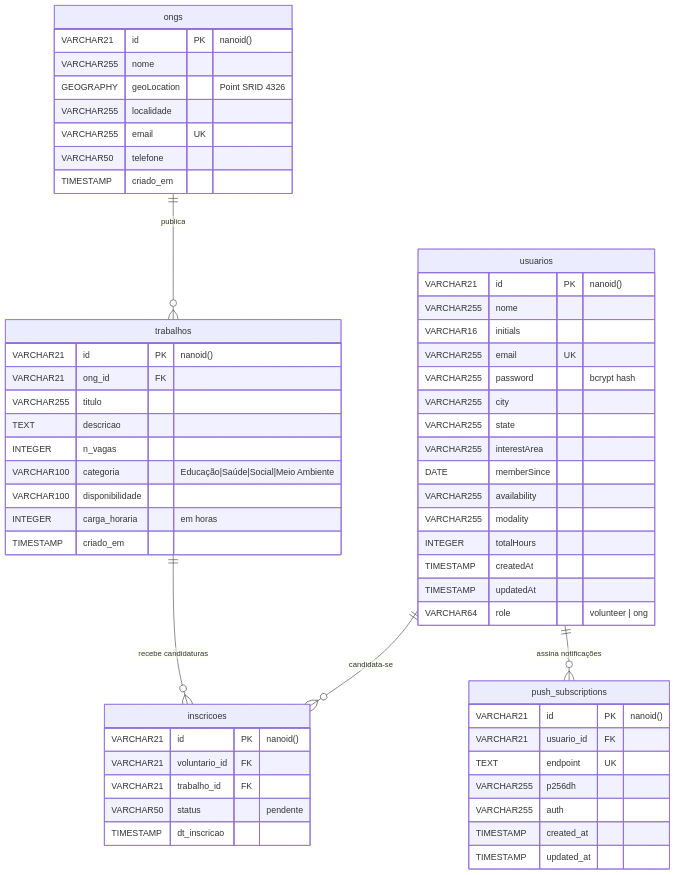
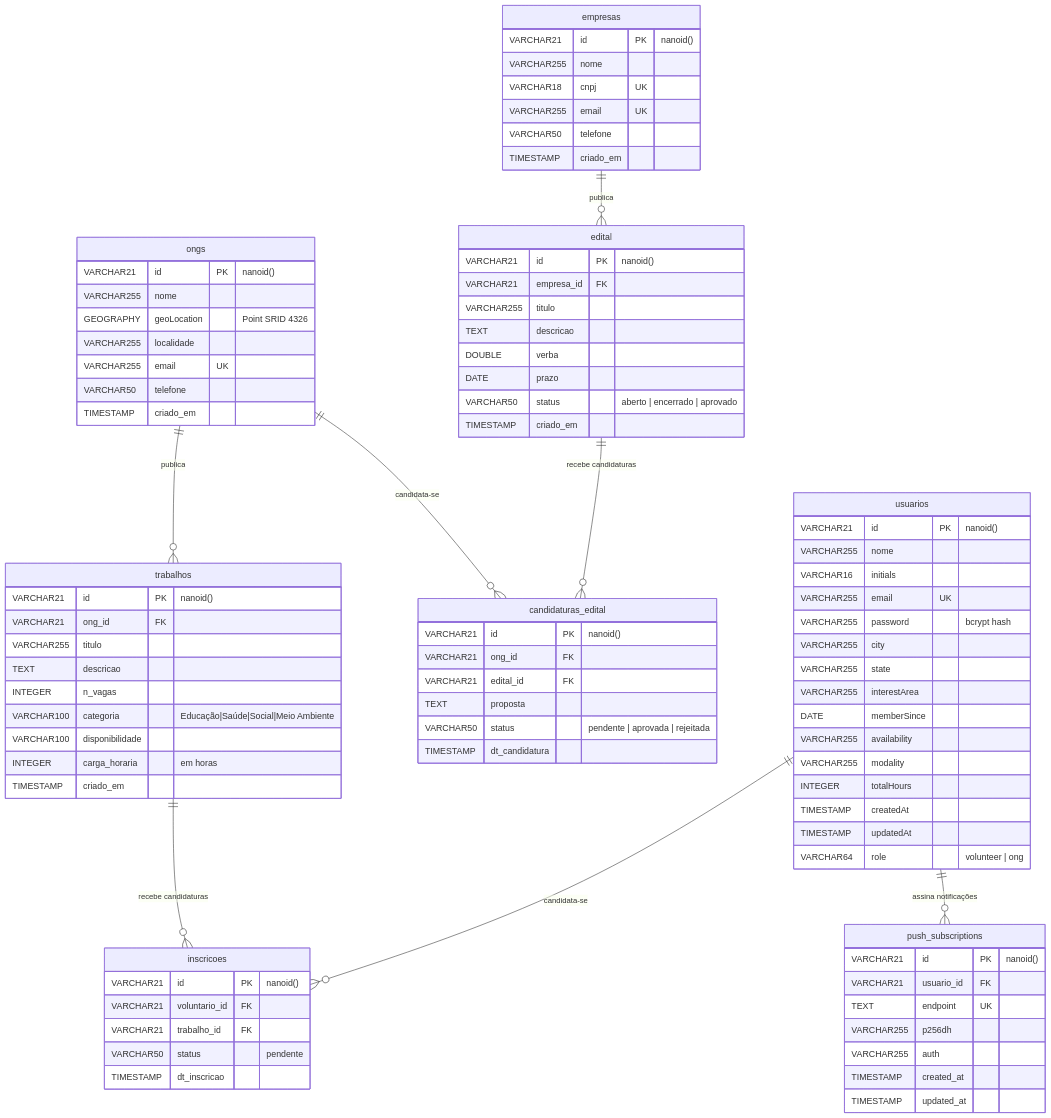
Before and after one commit to LucasSousaAl/VoluntariApp: the fifth of 8 diagrams in docs/Projeto.md, drawn with Mermaid. The commit also changed other lines of this file, not shown here.

Commit message:
docs: ajuste no modelo de publicação de editais

````diff
--- a/docs/Projeto.md
+++ b/docs/Projeto.md
@@ -313,6 +314,35 @@
         VARCHAR255 email UK
         VARCHAR50 telefone
         TIMESTAMP criado_em
+    }
+
+    empresas {
+        VARCHAR21 id PK "nanoid()"
+        VARCHAR255 nome
+        VARCHAR18 cnpj UK
+        VARCHAR255 email UK
+        VARCHAR50 telefone
+        TIMESTAMP criado_em
+    }
+
+    edital {
+        VARCHAR21 id PK "nanoid()"
+        VARCHAR21 empresa_id FK
+        VARCHAR255 titulo
+        TEXT descricao
+        DOUBLE verba
+        DATE prazo
+        VARCHAR50 status "aberto | encerrado | aprovado"
+        TIMESTAMP criado_em
+    }
+
+    candidaturas_edital {
+        VARCHAR21 id PK "nanoid()"
+        VARCHAR21 ong_id FK
+        VARCHAR21 edital_id FK
+        TEXT proposta
+        VARCHAR50 status "pendente | aprovada | rejeitada"
+        TIMESTAMP dt_candidatura
     }
 
     trabalhos {
@@ -349,4 +379,7 @@
     usuarios ||--o{ inscricoes : "candidata-se"
     trabalhos ||--o{ inscricoes : "recebe candidaturas"
     usuarios ||--o{ push_subscriptions : "assina notificações"
+    empresas ||--o{ edital : "publica"
+    edital ||--o{ candidaturas_edital : "recebe candidaturas"
+    ongs ||--o{ candidaturas_edital : "candidata-se"
 ```
````
